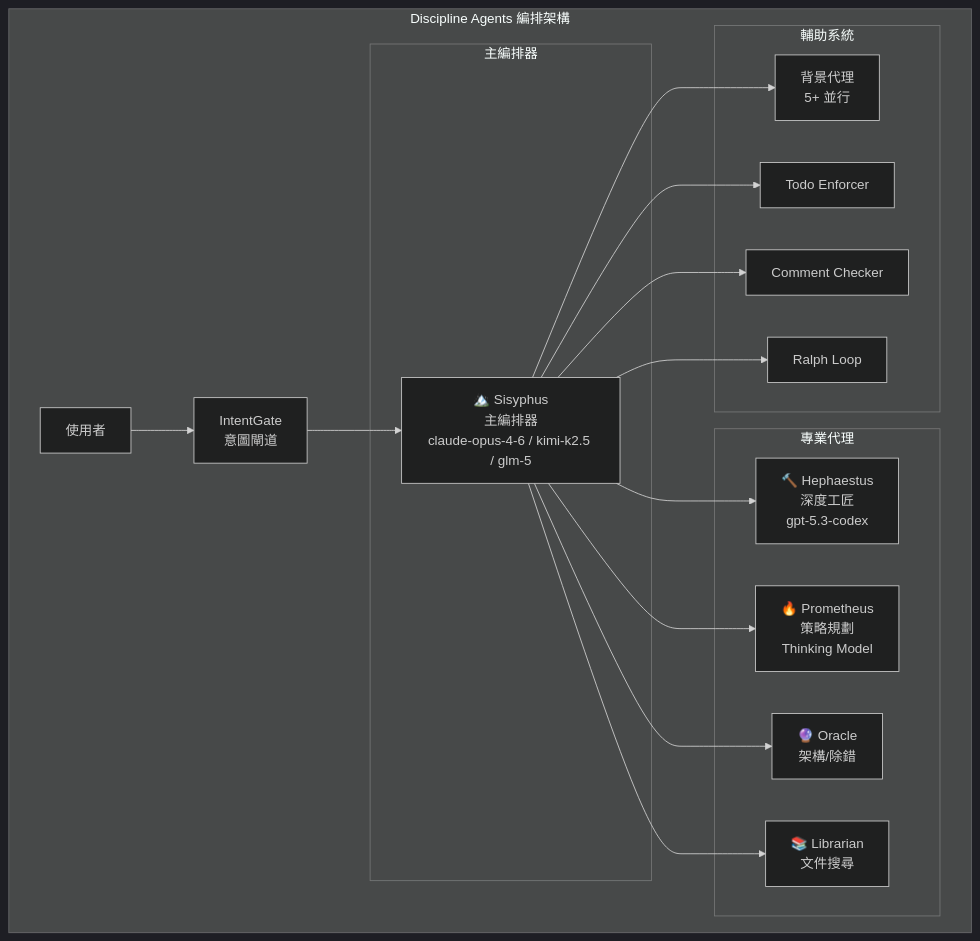
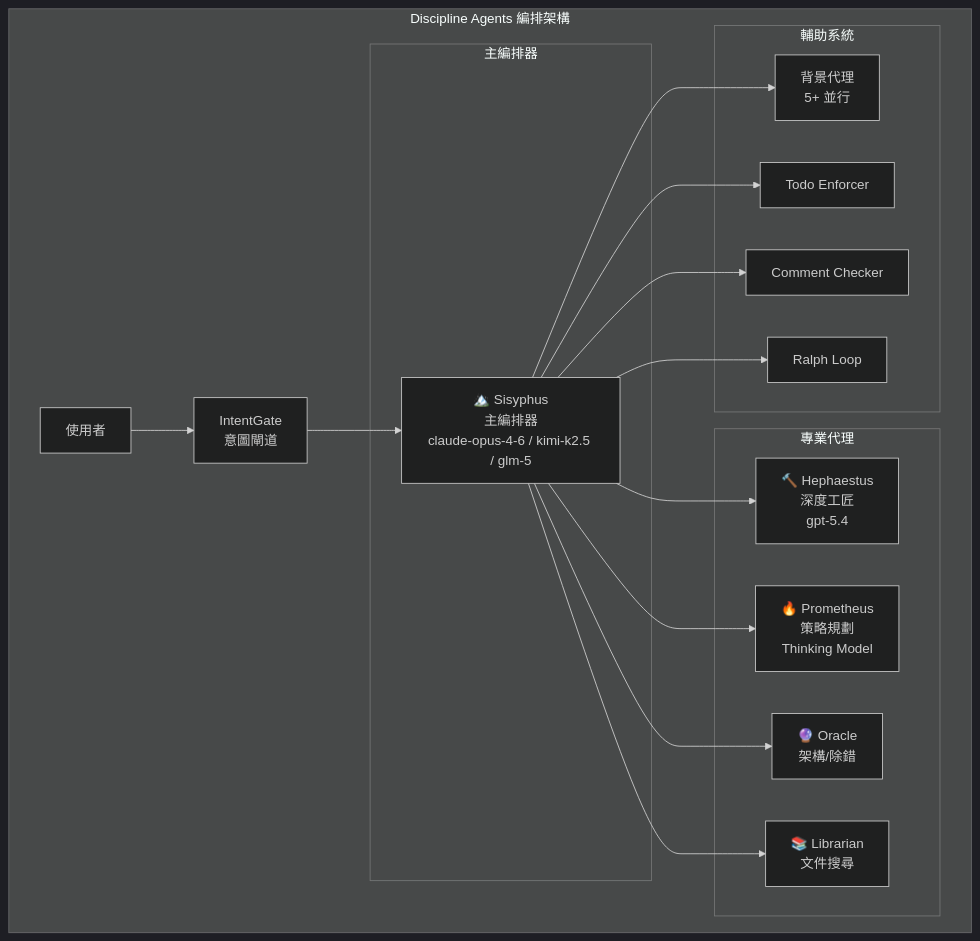
Before and after one commit to chihhung/Blog: diagram 23 of 50 in content/posts/教學/AI開發/opencode生態系教學手冊.md, drawn with Mermaid (dark theme). The commit also changed other lines of this file and 3 other files, not shown here.

````diff
--- a/content/posts/教學/AI開發/opencode生態系教學手冊.md
+++ b/content/posts/教學/AI開發/opencode生態系教學手冊.md
@@ -4670,36 +4599,36 @@
 ```mermaid
 graph TB
     subgraph "Discipline Agents 編排架構"
         User["使用者"]
         IG["IntentGate<br/>意圖閘道"]
 
         subgraph "主編排器"
             Sisyphus["🏔️ Sisyphus<br/>主編排器<br/>claude-opus-4-6 / kimi-k2.5 / glm-5"]
         end
 
         subgraph "專業代理"
-            Hephaestus["🔨 Hephaestus<br/>深度工匠<br/>gpt-5.3-codex"]
+            Hephaestus["🔨 Hephaestus<br/>深度工匠<br/>gpt-5.4"]
             Prometheus["🔥 Prometheus<br/>策略規劃<br/>Thinking Model"]
             Oracle["🔮 Oracle<br/>架構/除錯"]
             Librarian["📚 Librarian<br/>文件搜尋"]
         end
 
         subgraph "輔助系統"
             BG["背景代理<br/>5+ 並行"]
             TODO["Todo Enforcer"]
             Comment["Comment Checker"]
             Ralph["Ralph Loop"]
         end
     end
 
     User --> IG
     IG --> Sisyphus
     Sisyphus --> Hephaestus
     Sisyphus --> Prometheus
     Sisyphus --> Oracle
     Sisyphus --> Librarian
     Sisyphus --> BG
     Sisyphus --> TODO
     Sisyphus --> Comment
     Sisyphus --> Ralph
 ```
````
